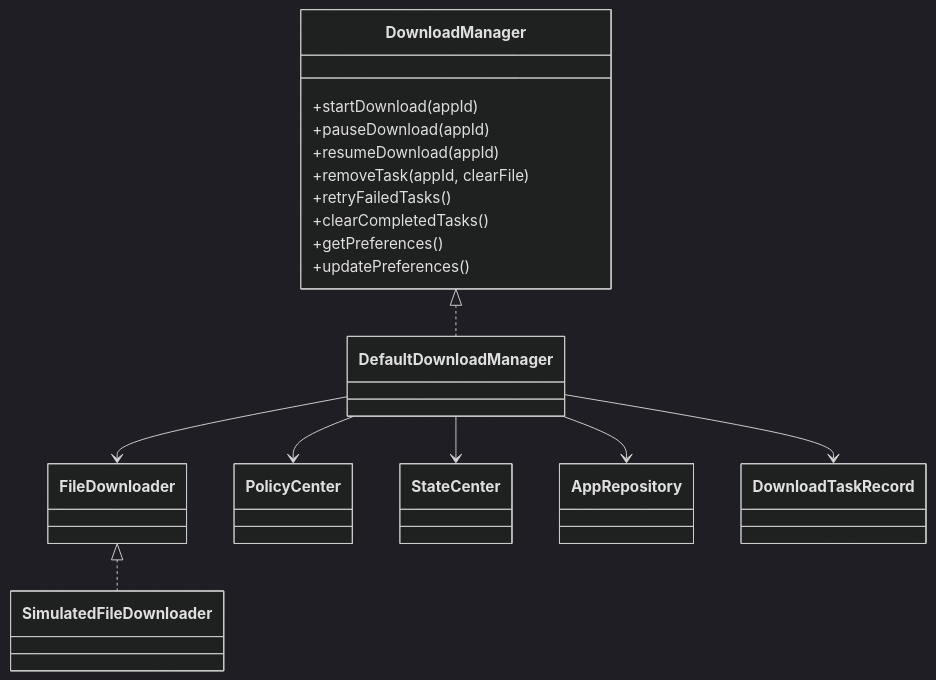
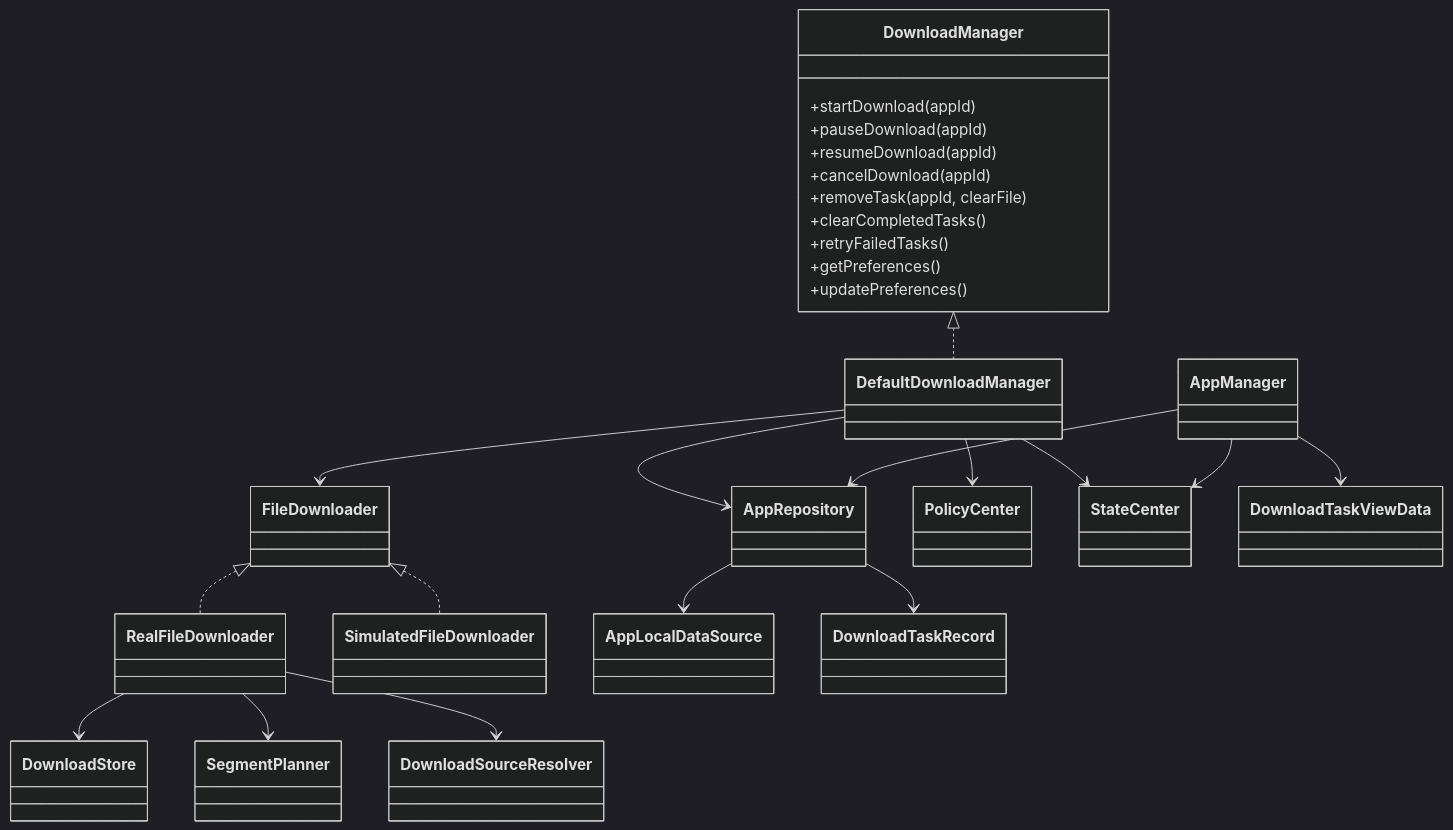
The second of 6 diagrams in docs/09-下载模块架构与流程.md (XZQ/CarAppStore), drawn with Mermaid (dark theme) before and after one commit. The commit also changed other lines of this file and 35 other files, not shown here.

Commit message:
docs: reorganize architecture docs and handoff guide

````diff
--- a/docs/09-下载模块架构与流程.md
+++ b/docs/09-下载模块架构与流程.md
@@ -61,30 +79,49 @@
 ```mermaid
 classDiagram
 
 class DownloadManager {
   +startDownload(appId)
   +pauseDownload(appId)
   +resumeDownload(appId)
+  +cancelDownload(appId)
   +removeTask(appId, clearFile)
+  +clearCompletedTasks()
   +retryFailedTasks()
-  +clearCompletedTasks()
   +getPreferences()
   +updatePreferences()
 }
 
 class DefaultDownloadManager
 class FileDownloader
+class RealFileDownloader
 class SimulatedFileDownloader
+class AppRepository
+class AppLocalDataSource
 class PolicyCenter
 class StateCenter
-class AppRepository
+class AppManager
+class DownloadStore
+class SegmentPlanner
+class DownloadSourceResolver
 class DownloadTaskRecord
+class DownloadTaskViewData
 
 DownloadManager <|.. DefaultDownloadManager
+FileDownloader <|.. RealFileDownloader
 FileDownloader <|.. SimulatedFileDownloader
-DefaultDownloadManager --> FileDownloader
+
 DefaultDownloadManager --> PolicyCenter
 DefaultDownloadManager --> StateCenter
 DefaultDownloadManager --> AppRepository
-DefaultDownloadManager --> DownloadTaskRecord
+DefaultDownloadManager --> FileDownloader
+
+AppRepository --> AppLocalDataSource
+RealFileDownloader --> DownloadStore
+RealFileDownloader --> SegmentPlanner
+RealFileDownloader --> DownloadSourceResolver
+
+AppManager --> StateCenter
+AppManager --> AppRepository
+AppManager --> DownloadTaskViewData
+AppRepository --> DownloadTaskRecord
 ```
````
